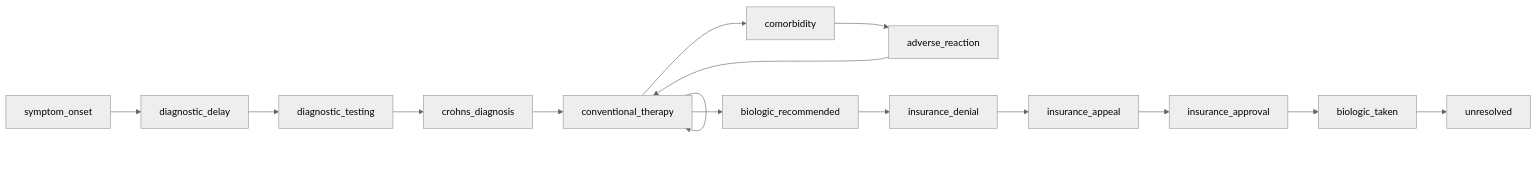
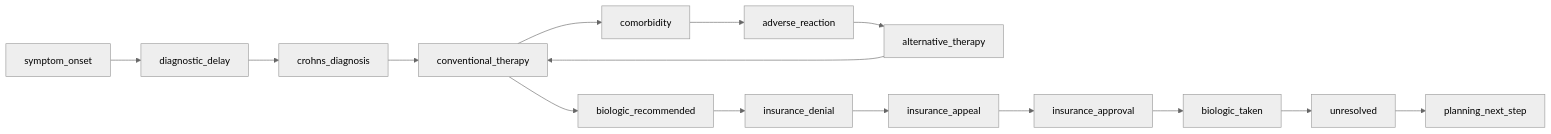
One commit to carecodeconnect/crohnicity changed diagram 28 of 50 in docs/referral_pathways.md. Above: the diagram before and after it, drawn with Mermaid. The commit also changed other lines of this file and 107 other files, not shown here.

````diff
--- a/docs/referral_pathways.md
+++ b/docs/referral_pathways.md
@@ -1040,31 +1056,32 @@
 ``` mermaid
 %%{init: {'theme':'neutral'}}%%
 flowchart LR
     n0["symptom_onset"]
     n1["diagnostic_delay"]
-    n2["diagnostic_testing"]
-    n3["crohns_diagnosis"]
-    n4["conventional_therapy"]
-    n5["comorbidity"]
-    n6["adverse_reaction"]
+    n2["crohns_diagnosis"]
+    n3["conventional_therapy"]
+    n4["comorbidity"]
+    n5["adverse_reaction"]
+    n6["alternative_therapy"]
     n7["biologic_recommended"]
     n8["insurance_denial"]
     n9["insurance_appeal"]
     n10["insurance_approval"]
     n11["biologic_taken"]
     n12["unresolved"]
+    n13["planning_next_step"]
     n0 -->n1
     n1 -->n2
     n2 -->n3
     n3 -->n4
     n4 -->n5
     n5 -->n6
-    n6 -->n4
-    n4 -->n4
-    n4 -->n7
+    n6 -->n3
+    n3 -->n7
     n7 -->n8
     n8 -->n9
     n9 -->n10
     n10 -->n11
     n11 -->n12
+    n12 -->n13
 ```
````
